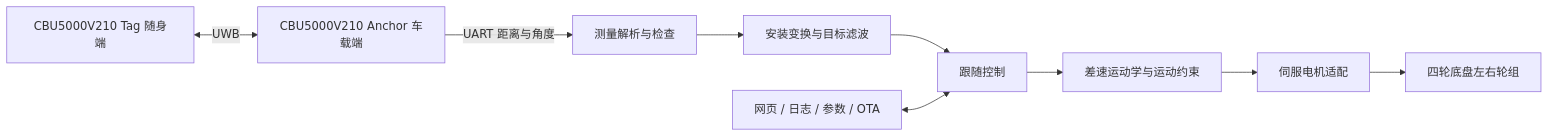
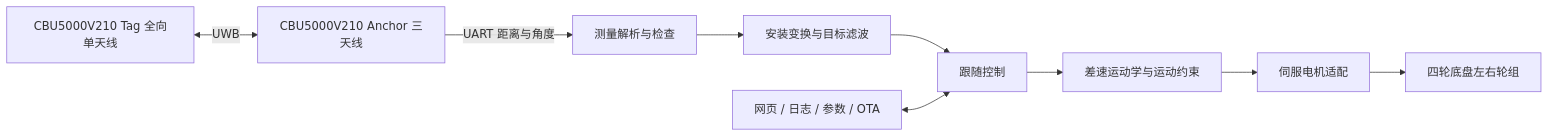
One commit to jxzzz97/uwb-following-car changed the diagram in README.md. Above: the diagram before and after it, drawn with Mermaid. The commit also changed other lines of this file and 8 other files, not shown here.

````diff
--- a/README.md
+++ b/README.md
@@ -11,11 +11,11 @@
 ```mermaid
 flowchart LR
-  Tag[CBU5000V210 Tag 随身端] <-->|UWB| Anchor[CBU5000V210 Anchor 车载端]
+  Tag[CBU5000V210 Tag 全向单天线] <-->|UWB| Anchor[CBU5000V210 Anchor 三天线]
   Anchor -->|UART 距离与角度| Parser[测量解析与检查]
   Parser --> Filter[安装变换与目标滤波]
   Filter --> Follow[跟随控制]
   Follow --> Chassis[差速运动学与运动约束]
   Chassis --> Driver[伺服电机适配]
   Driver --> Wheels[四轮底盘左右轮组]
   Console[网页 / 日志 / 参数 / OTA] <--> Follow
 ```
````
